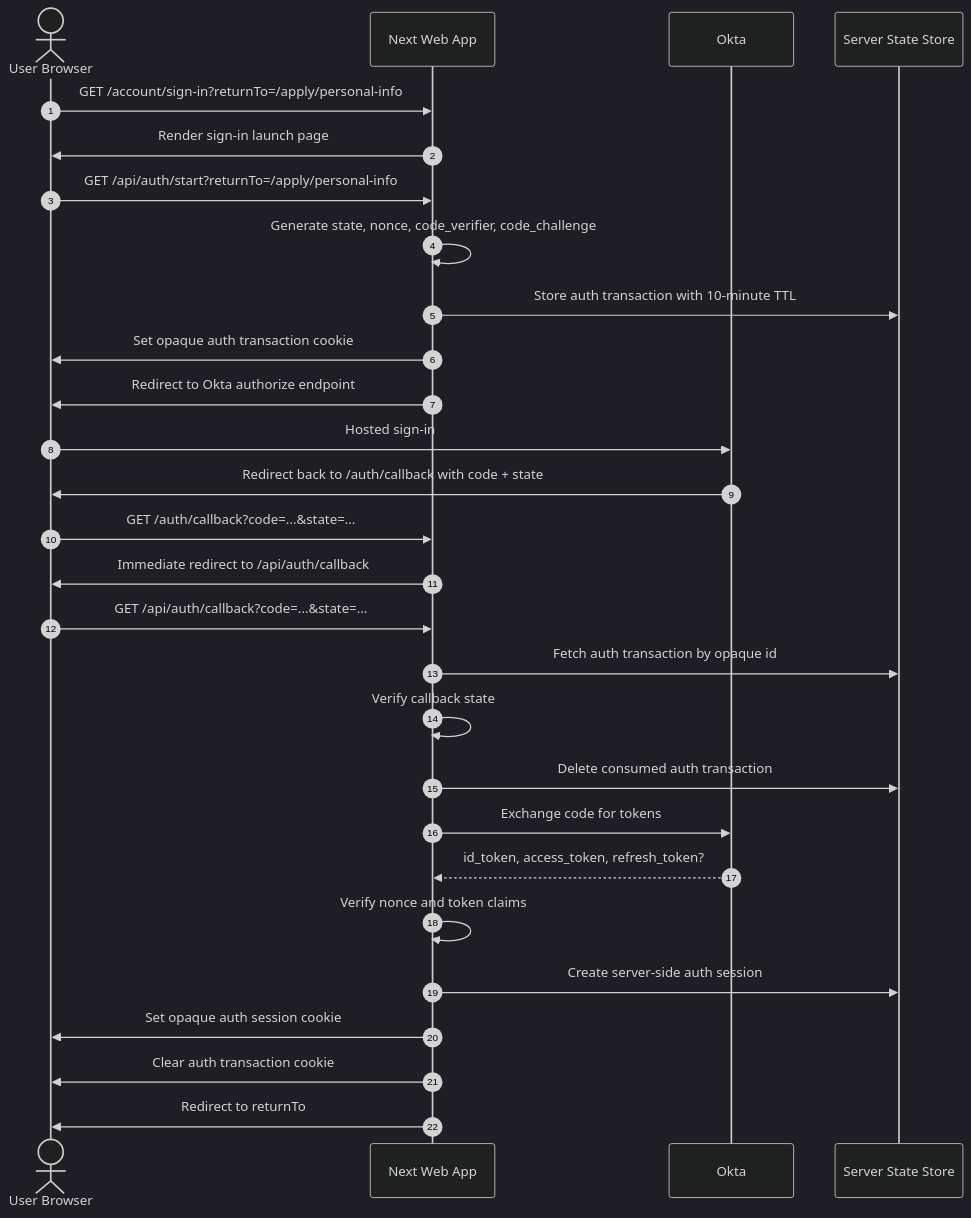
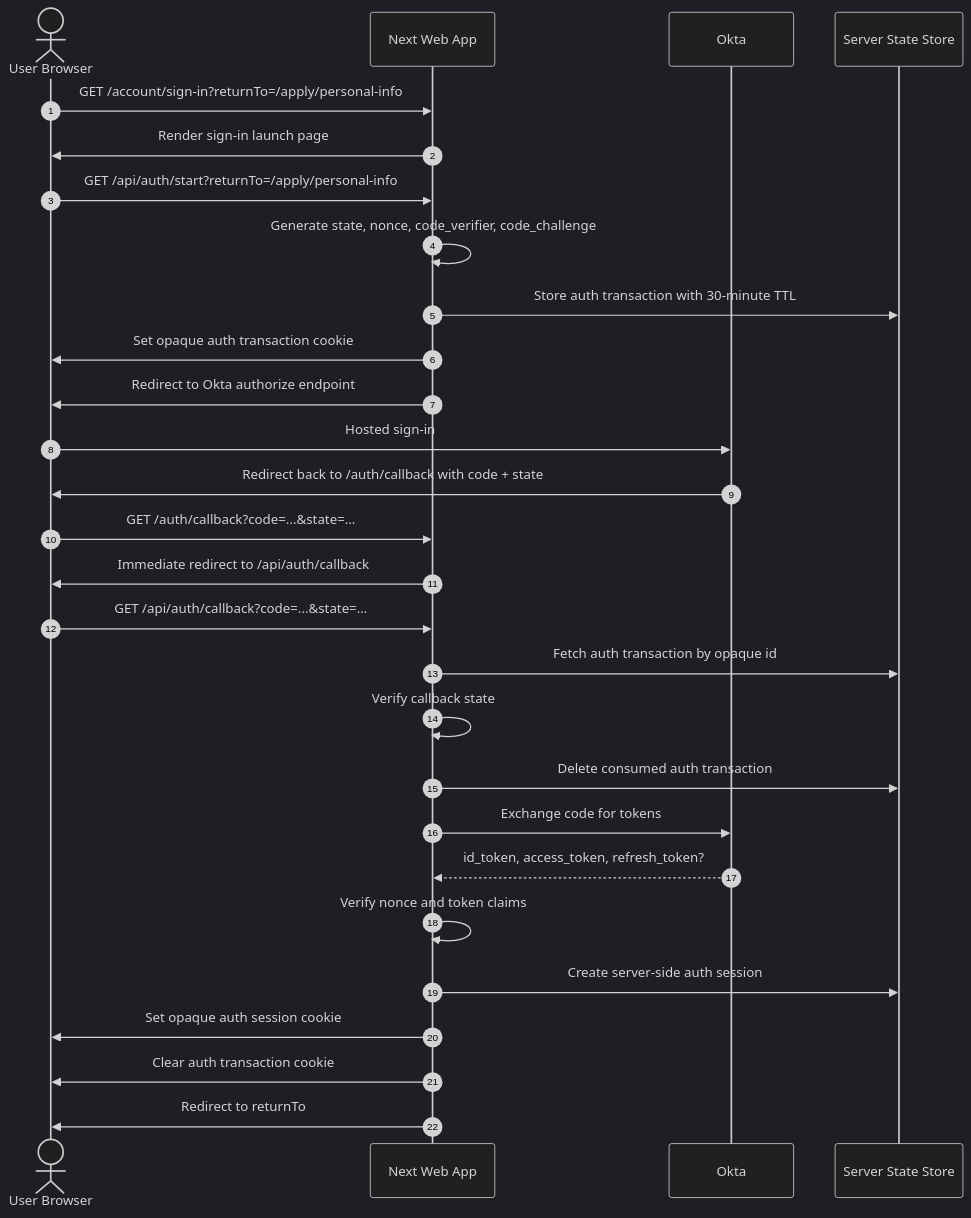
One commit to vc4u2c/acme-los changed the first of 5 diagrams in docs/architecture/auth-server-flows.md. Above: the diagram before and after it, drawn with Mermaid (dark theme). The commit also changed other lines of this file and 95 other files, not shown here.

Commit message:
fix(auth): complete account security flows and clear CI audit (#107)

````diff
--- a/docs/architecture/auth-server-flows.md
+++ b/docs/architecture/auth-server-flows.md
@@ -101,31 +103,31 @@
 ```mermaid
 sequenceDiagram
   autonumber
   actor U as User Browser
   participant W as Next Web App
   participant O as Okta
   participant S as Server State Store
 
   U->>W: GET /account/sign-in?returnTo=/apply/personal-info
   W->>U: Render sign-in launch page
   U->>W: GET /api/auth/start?returnTo=/apply/personal-info
   W->>W: Generate state, nonce, code_verifier, code_challenge
-  W->>S: Store auth transaction with 10-minute TTL
+  W->>S: Store auth transaction with 30-minute TTL
   W->>U: Set opaque auth transaction cookie
   W->>U: Redirect to Okta authorize endpoint
   U->>O: Hosted sign-in
   O->>U: Redirect back to /auth/callback with code + state
   U->>W: GET /auth/callback?code=...&state=...
   W->>U: Immediate redirect to /api/auth/callback
   U->>W: GET /api/auth/callback?code=...&state=...
   W->>S: Fetch auth transaction by opaque id
   W->>W: Verify callback state
   W->>S: Delete consumed auth transaction
   W->>O: Exchange code for tokens
   O-->>W: id_token, access_token, refresh_token?
   W->>W: Verify nonce and token claims
   W->>S: Create server-side auth session
   W->>U: Set opaque auth session cookie
   W->>U: Clear auth transaction cookie
   W->>U: Redirect to returnTo
 ```
````
